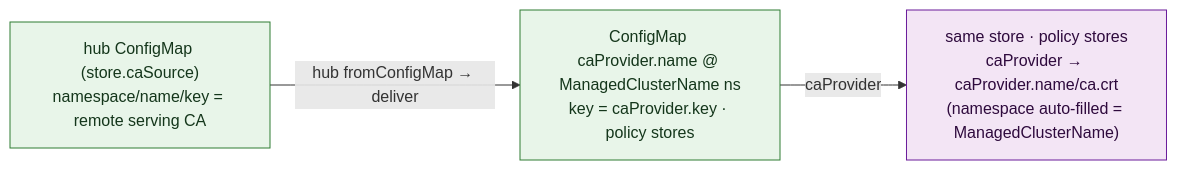
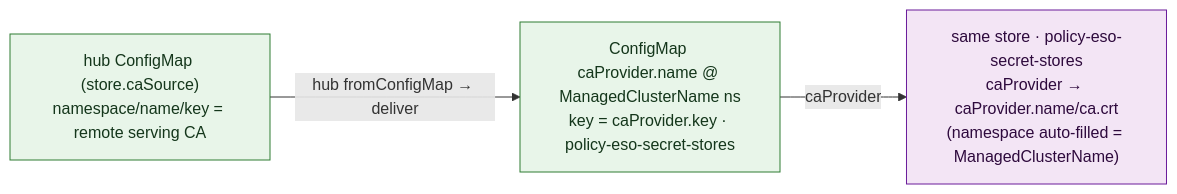
The second of 4 diagrams in policies/stable/external-secrets-operator/README.md (auto-shift/autoshiftv2), drawn with Mermaid before and after one commit. The commit also changed other lines of this file and 10 other files, not shown here.

````diff
--- a/policies/stable/external-secrets-operator/README.md
+++ b/policies/stable/external-secrets-operator/README.md
@@ -105,9 +111,9 @@
 ```mermaid
 flowchart LR
   classDef serve fill:#e8f5e9,stroke:#2e7d32,color:#14361b;
   classDef store fill:#f3e5f5,stroke:#6a1b9a,color:#2e0a3d;
   G1["hub ConfigMap (store.caSource)<br/>namespace/name/key = remote serving CA"]:::serve
-  G2["ConfigMap caProvider.name @ ManagedClusterName ns<br/>key = caProvider.key · policy stores"]:::serve
-  G3["same store · policy stores<br/>caProvider → caProvider.name/ca.crt<br/>(namespace auto-filled = ManagedClusterName)"]:::store
+  G2["ConfigMap caProvider.name @ ManagedClusterName ns<br/>key = caProvider.key · policy-eso-secret-stores"]:::serve
+  G3["same store · policy-eso-secret-stores<br/>caProvider → caProvider.name/ca.crt<br/>(namespace auto-filled = ManagedClusterName)"]:::store
   G1 -->|hub fromConfigMap → deliver| G2 -->|caProvider| G3
 ```
````
